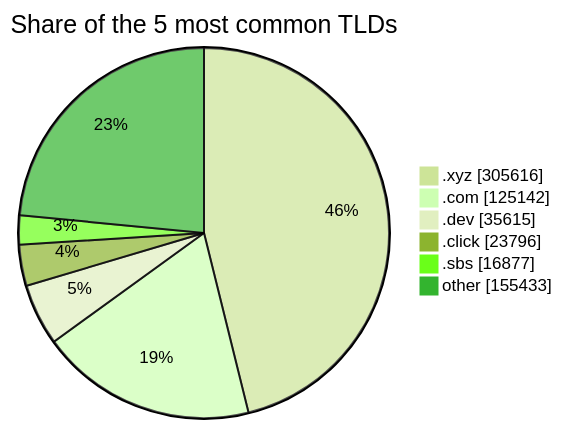
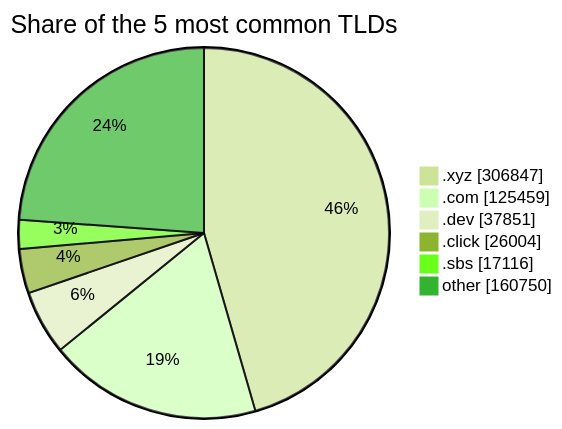
Before and after one commit to DNSBunker/CTI: the third of 3 diagrams in README.md, drawn with Mermaid (forest theme). The commit also changed other lines of this file and 3 other files, not shown here.

````diff
--- a/README.md
+++ b/README.md
@@ -81,9 +81,9 @@
 ```mermaid
 pie showData title Share of the 5 most common TLDs
-    ".xyz" : 305616
-    ".com" : 125142
-    ".dev" : 35615
-    ".click" : 23796
-    ".sbs" : 16877
-    "other" : 155433
+    ".xyz" : 306847
+    ".com" : 125459
+    ".dev" : 37851
+    ".click" : 26004
+    ".sbs" : 17116
+    "other" : 160750
 ```
````
